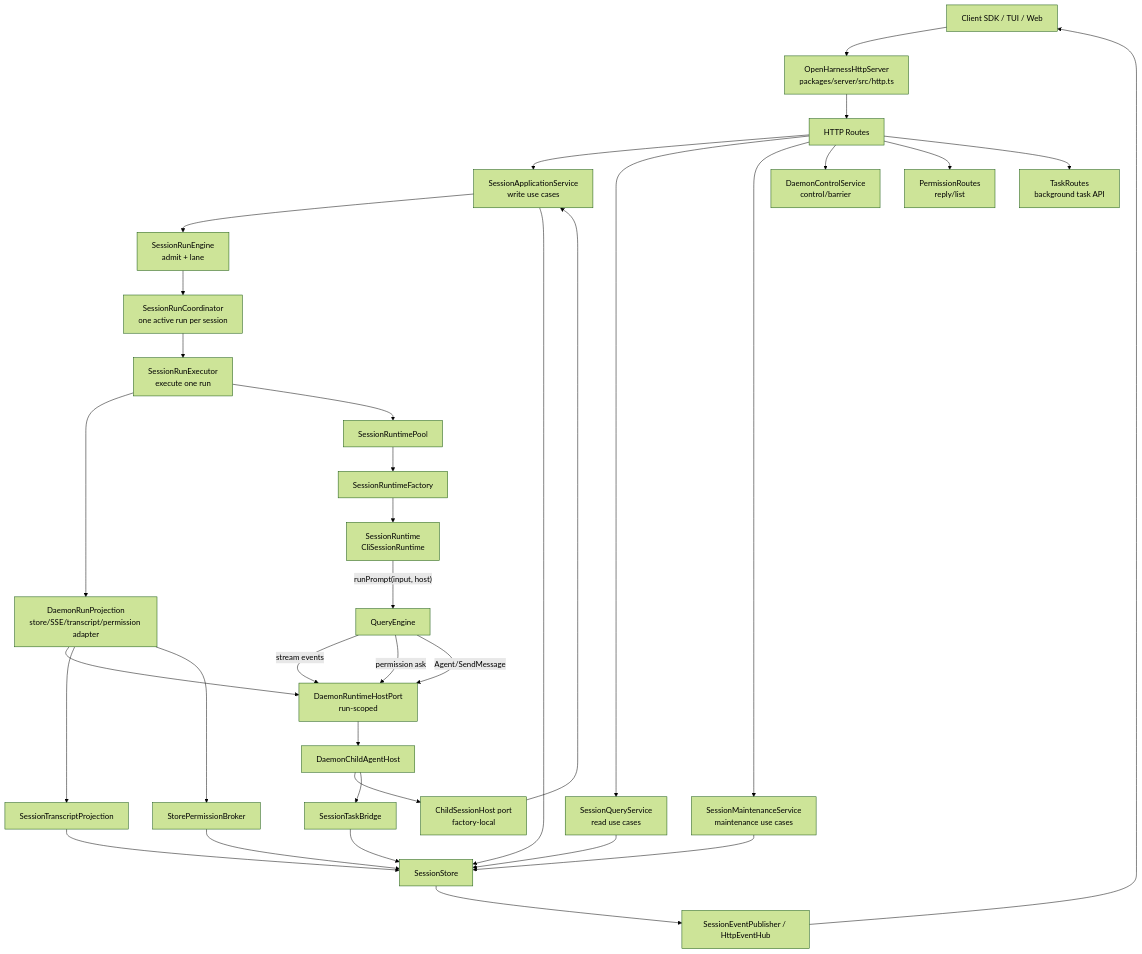
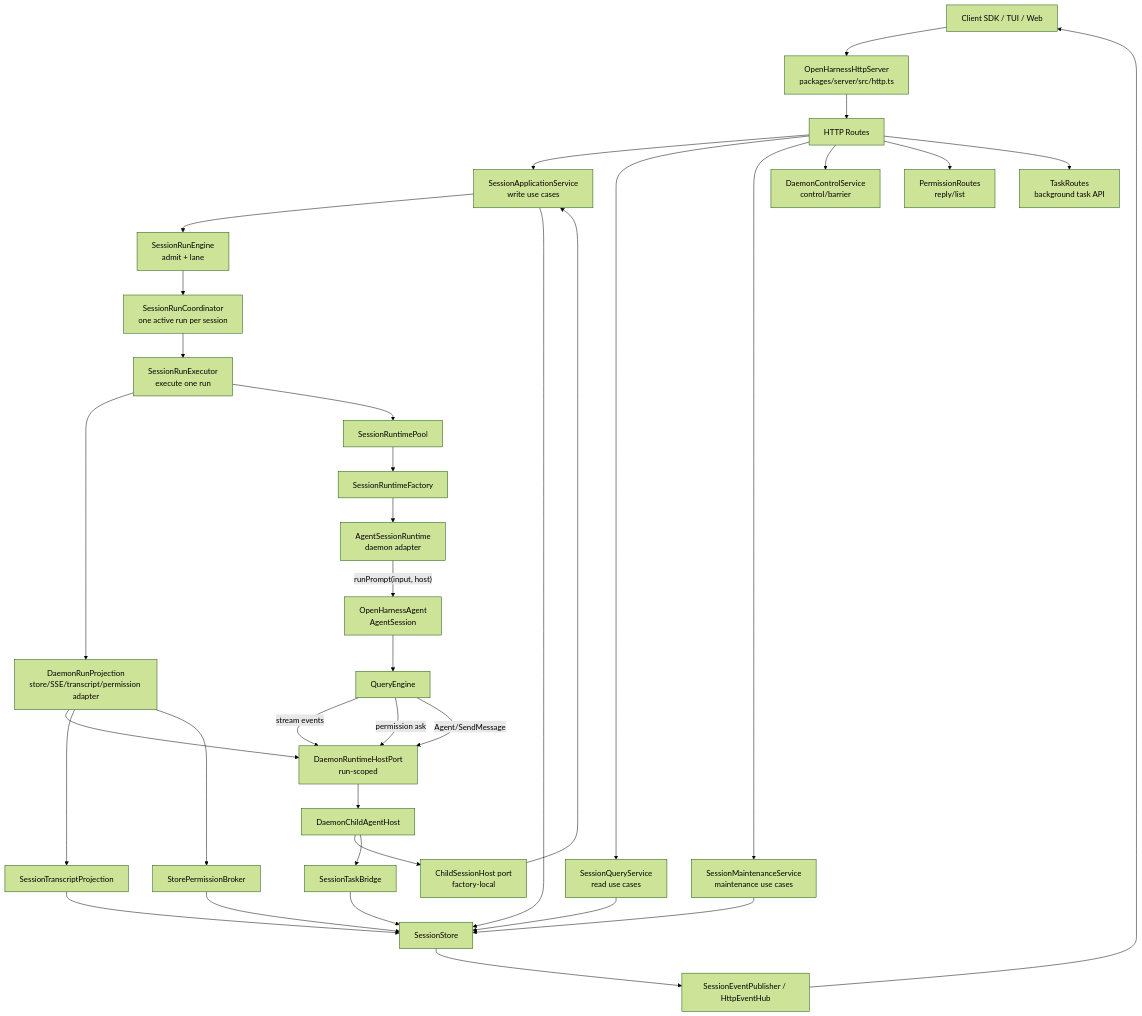
The first of 9 diagrams in docs/daemon-application-architecture.md (rzx007/openharness-ts), drawn with Mermaid (forest theme) before and after one commit. The commit also changed other lines of this file and 13 other files, not shown here.

Commit message:
docs(agent-runtime): document framework and hosted flows

````diff
--- a/docs/daemon-application-architecture.md
+++ b/docs/daemon-application-architecture.md
@@ -40,44 +40,45 @@
 ```mermaid
 flowchart TB
   Client["Client SDK / TUI / Web"] --> Http["OpenHarnessHttpServer<br/>packages/server/src/http.ts"]
 
   Http --> Routes["HTTP Routes"]
   Routes --> App["SessionApplicationService<br/>write use cases"]
   Routes --> Query["SessionQueryService<br/>read use cases"]
   Routes --> Maint["SessionMaintenanceService<br/>maintenance use cases"]
   Routes --> Control["DaemonControlService<br/>control/barrier"]
   Routes --> PermRoute["PermissionRoutes<br/>reply/list"]
   Routes --> TaskRoute["TaskRoutes<br/>background task API"]
 
   App --> RunEngine["SessionRunEngine<br/>admit + lane"]
   RunEngine --> Coordinator["SessionRunCoordinator<br/>one active run per session"]
   Coordinator --> Executor["SessionRunExecutor<br/>execute one run"]
   Executor --> Projection["DaemonRunProjection<br/>store/SSE/transcript/permission adapter"]
 
   Executor --> Pool["SessionRuntimePool"]
   Pool --> Factory["SessionRuntimeFactory"]
-  Factory --> Runtime["SessionRuntime<br/>CliSessionRuntime"]
+  Factory --> Runtime["AgentSessionRuntime<br/>daemon adapter"]
   Projection --> Host["DaemonRuntimeHostPort<br/>run-scoped"]
-  Runtime -->|"runPrompt(input, host)"| QE["QueryEngine"]
+  Runtime -->|"runPrompt(input, host)"| Agent["OpenHarnessAgent<br/>AgentSession"]
+  Agent --> QE["QueryEngine"]
 
   QE -->|"stream events"| Host
   QE -->|"permission ask"| Host
   QE -->|"Agent/SendMessage"| Host
 
   Projection --> Transcript["SessionTranscriptProjection"]
   Projection --> Broker["StorePermissionBroker"]
   Host --> ChildHost["DaemonChildAgentHost"]
 
   ChildHost --> ChildPort["ChildSessionHost port<br/>factory-local"]
   ChildPort --> App
   ChildHost --> TaskBridge["SessionTaskBridge"]
   TaskBridge --> Store["SessionStore"]
 
   Query --> Store
   Maint --> Store
   App --> Store
   Transcript --> Store
   Broker --> Store
   Store --> Events["SessionEventPublisher / HttpEventHub"]
   Events --> Client
 ```
````
